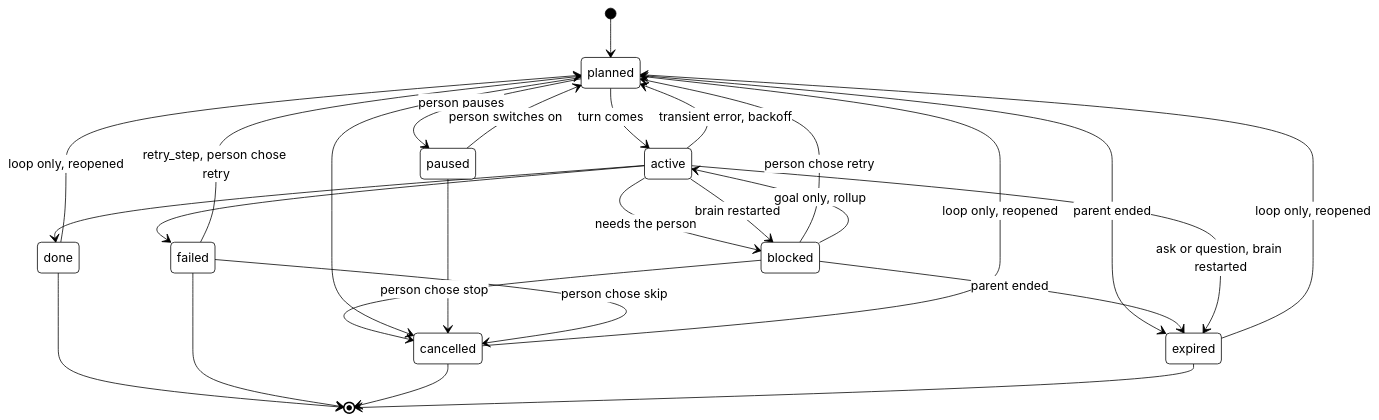
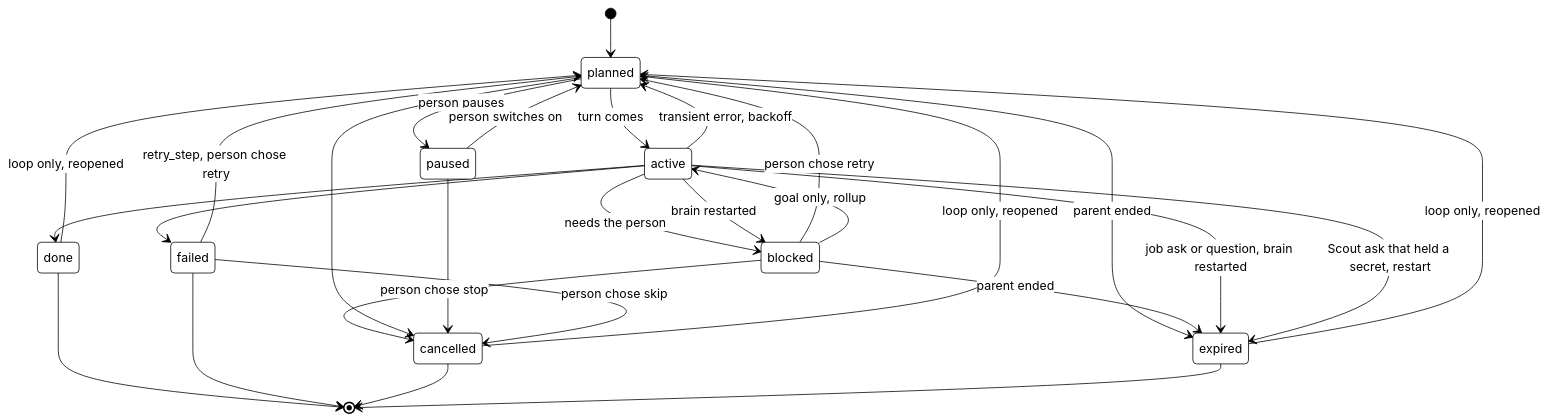
One commit to nadeem4/tagalong changed the second of 2 diagrams in docs/storage.md. Above: the diagram before and after it, drawn with Mermaid. The commit also changed other lines of this file and 15 other files, not shown here.

````diff
--- a/docs/storage.md
+++ b/docs/storage.md
@@ -239,30 +239,31 @@
 ```mermaid
 %%{init: {'theme':'base','themeVariables':{'primaryColor':'#ffffff','primaryTextColor':'#000000','primaryBorderColor':'#000000','lineColor':'#000000'}}}%%
 stateDiagram-v2
     [*] --> planned
     planned --> active : turn comes
     active --> done
     active --> failed
     active --> blocked : needs the person
     blocked --> planned : person chose retry
     blocked --> cancelled : person chose stop
     active --> planned : transient error, backoff
     planned --> cancelled
     planned --> expired : parent ended
     blocked --> expired : parent ended
     active --> blocked : brain restarted
-    active --> expired : ask or question, brain restarted
+    active --> expired : job ask or question, brain restarted
+    active --> expired : Scout ask that held a secret, restart
     planned --> paused : person pauses
     paused --> planned : person switches on
     paused --> cancelled
     failed --> planned : retry_step, person chose retry
     failed --> cancelled : person chose skip
     blocked --> active : goal only, rollup
     done --> planned : loop only, reopened
     cancelled --> planned : loop only, reopened
     expired --> planned : loop only, reopened
     done --> [*]
     failed --> [*]
     cancelled --> [*]
     expired --> [*]
 ```
````
